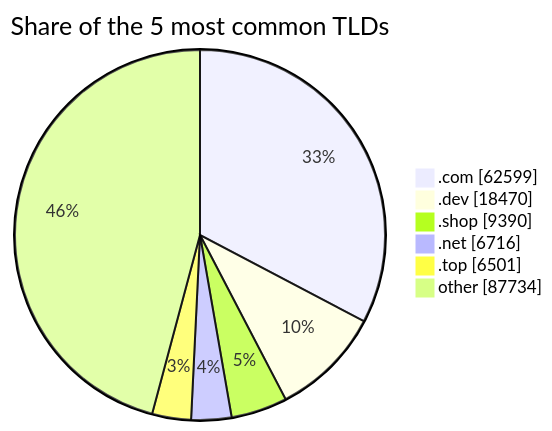
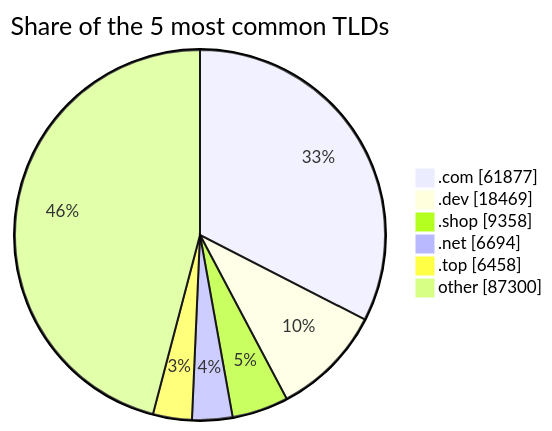
One commit to DNSBunker/CTI changed the third of 3 diagrams in README.md. Above: the diagram before and after it, drawn with Mermaid. The commit also changed other lines of this file and 3 other files, not shown here.

````diff
--- a/README.md
+++ b/README.md
@@ -81,9 +81,9 @@
 ```mermaid
 pie showData title Share of the 5 most common TLDs
-    ".com" : 62599
-    ".dev" : 18470
-    ".shop" : 9390
-    ".net" : 6716
-    ".top" : 6501
-    "other" : 87734
+    ".com" : 61877
+    ".dev" : 18469
+    ".shop" : 9358
+    ".net" : 6694
+    ".top" : 6458
+    "other" : 87300
 ```
````
